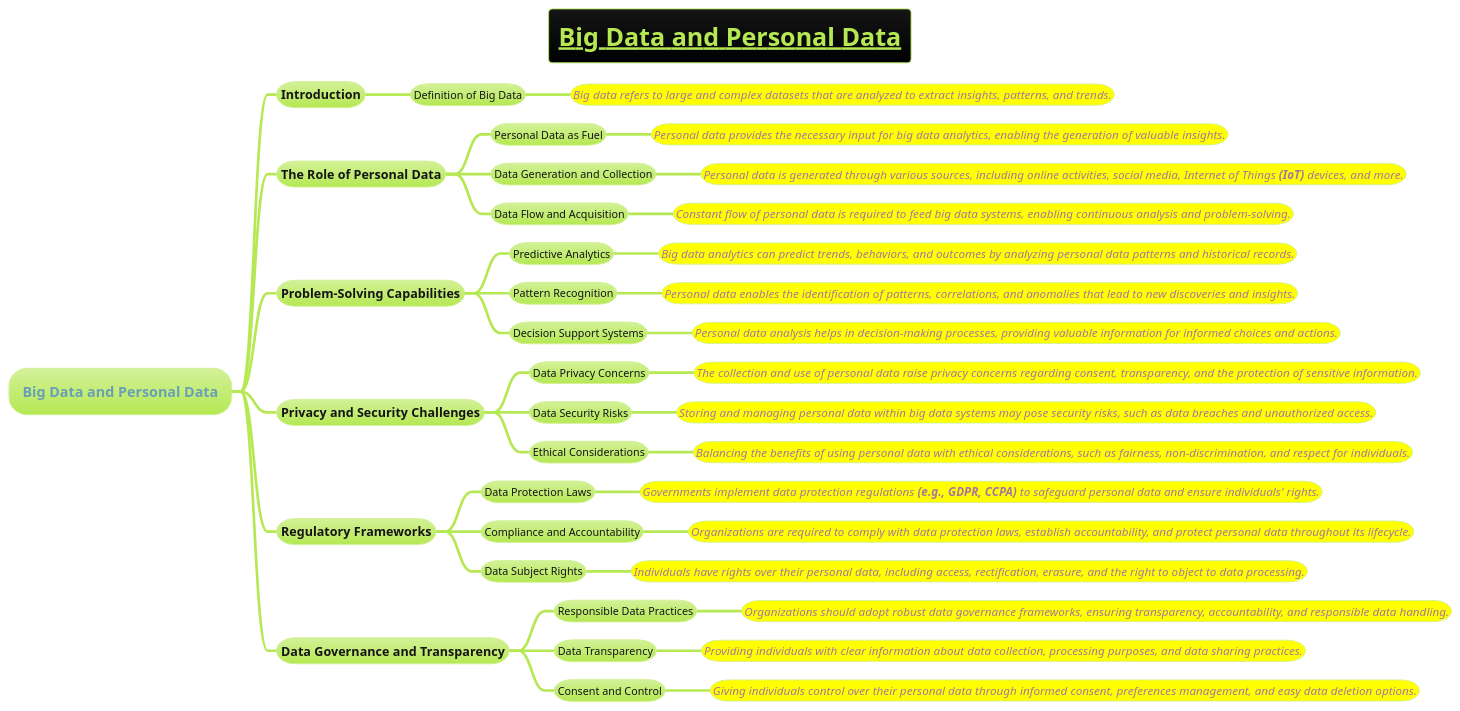
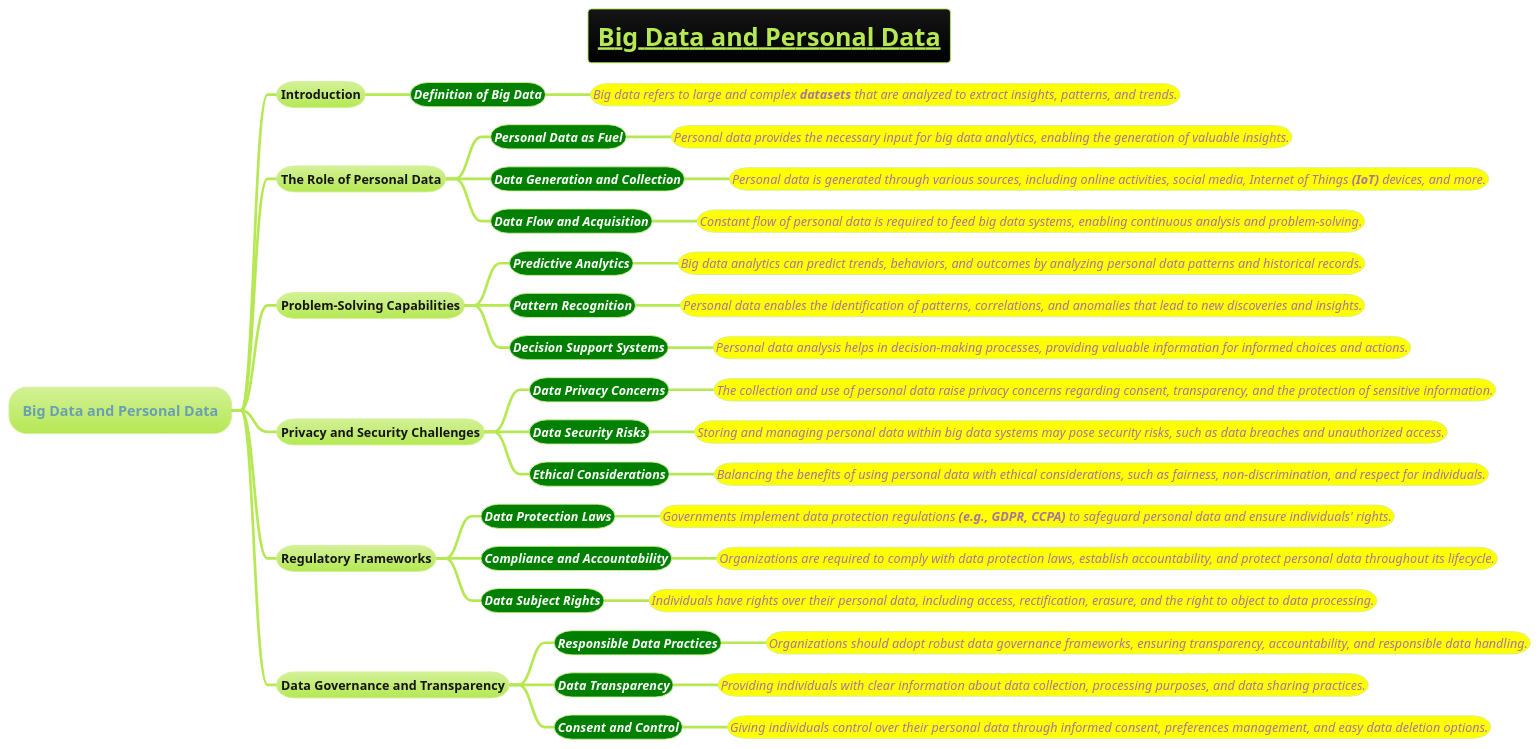
One commit to MehmoodHashmi/Documentation-as-Code-DaC changed the diagram in docs/AI-ML-DL-Data-Science-and-BigData/big-data/Big-Data-and-Personal-Data.puml. Above: the diagram before and after it, drawn with PlantUML.

```diff
--- a/docs/AI-ML-DL-Data-Science-and-BigData/big-data/Big-Data-and-Personal-Data.puml
+++ b/docs/AI-ML-DL-Data-Science-and-BigData/big-data/Big-Data-and-Personal-Data.puml
@@ -1,60 +1,60 @@
 @startmindmap
 title =__Big Data and Personal Data__
 !theme hacker
 
 * Big Data and Personal Data
 ** Introduction
-*** Definition of Big Data
-****[#yellow] ====<size:13>Big data refers to large and complex datasets that are analyzed to extract insights, patterns, and trends.
+***[#green] <b><i><color #white><size:14>Definition of Big Data
+****[#yellow] <i><size:14>Big data refers to large and complex **datasets** that are analyzed to extract insights, patterns, and trends.
 
 ** The Role of Personal Data
-*** Personal Data as Fuel
-****[#yellow] ====<size:13>Personal data provides the necessary input for big data analytics, enabling the generation of valuable insights.
+***[#green] <b><i><color #white><size:14>Personal Data as Fuel
+****[#yellow] <i><size:14>Personal data provides the necessary input for big data analytics, enabling the generation of valuable insights.
 
-*** Data Generation and Collection
-****[#yellow] ====<size:13>Personal data is generated through various sources, including online activities, social media, Internet of Things **(IoT)** devices, and more.
+***[#green] <b><i><color #white><size:14>Data Generation and Collection
+****[#yellow] <i><size:14>Personal data is generated through various sources, including online activities, social media, Internet of Things **(IoT)** devices, and more.
 
-*** Data Flow and Acquisition
-****[#yellow] ====<size:13>Constant flow of personal data is required to feed big data systems, enabling continuous analysis and problem-solving.
+***[#green] <b><i><color #white><size:14>Data Flow and Acquisition
+****[#yellow] <i><size:14>Constant flow of personal data is required to feed big data systems, enabling continuous analysis and problem-solving.
 
 ** Problem-Solving Capabilities
-*** Predictive Analytics
-****[#yellow] ====<size:13>Big data analytics can predict trends, behaviors, and outcomes by analyzing personal data patterns and historical records.
+***[#green] <b><i><color #white><size:14>Predictive Analytics
+****[#yellow] <i><size:14>Big data analytics can predict trends, behaviors, and outcomes by analyzing personal data patterns and historical records.
 
-*** Pattern Recognition
-****[#yellow] ====<size:13>Personal data enables the identification of patterns, correlations, and anomalies that lead to new discoveries and insights.
+***[#green] <b><i><color #white><size:14>Pattern Recognition
+****[#yellow] <i><size:14>Personal data enables the identification of patterns, correlations, and anomalies that lead to new discoveries and insights.
 
-*** Decision Support Systems
-****[#yellow] ====<size:13>Personal data analysis helps in decision-making processes, providing valuable information for informed choices and actions.
+***[#green] <b><i><color #white><size:14>Decision Support Systems
+****[#yellow] <i><size:14>Personal data analysis helps in decision-making processes, providing valuable information for informed choices and actions.
 
 ** Privacy and Security Challenges
-*** Data Privacy Concerns
-****[#yellow] ====<size:13>The collection and use of personal data raise privacy concerns regarding consent, transparency, and the protection of sensitive information.
+***[#green] <b><i><color #white><size:14>Data Privacy Concerns
+****[#yellow] <i><size:14>The collection and use of personal data raise privacy concerns regarding consent, transparency, and the protection of sensitive information.
 
-*** Data Security Risks
-****[#yellow] ====<size:13>Storing and managing personal data within big data systems may pose security risks, such as data breaches and unauthorized access.
+***[#green] <b><i><color #white><size:14>Data Security Risks
+****[#yellow] <i><size:14>Storing and managing personal data within big data systems may pose security risks, such as data breaches and unauthorized access.
 
-*** Ethical Considerations
-****[#yellow] ====<size:13>Balancing the benefits of using personal data with ethical considerations, such as fairness, non-discrimination, and respect for individuals.
+***[#green] <b><i><color #white><size:14>Ethical Considerations
+****[#yellow] <i><size:14>Balancing the benefits of using personal data with ethical considerations, such as fairness, non-discrimination, and respect for individuals.
 
 ** Regulatory Frameworks
-*** Data Protection Laws
-****[#yellow] ====<size:13>Governments implement data protection regulations **(e.g., GDPR, CCPA)** to safeguard personal data and ensure individuals' rights.
+***[#green] <b><i><color #white><size:14>Data Protection Laws
+****[#yellow] <i><size:14>Governments implement data protection regulations **(e.g., GDPR, CCPA)** to safeguard personal data and ensure individuals' rights.
 
-*** Compliance and Accountability
-****[#yellow] ====<size:13>Organizations are required to comply with data protection laws, establish accountability, and protect personal data throughout its lifecycle.
+***[#green] <b><i><color #white><size:14>Compliance and Accountability
+****[#yellow] <i><size:14>Organizations are required to comply with data protection laws, establish accountability, and protect personal data throughout its lifecycle.
 
-*** Data Subject Rights
-****[#yellow] ====<size:13>Individuals have rights over their personal data, including access, rectification, erasure, and the right to object to data processing.
+***[#green] <b><i><color #white><size:14>Data Subject Rights
+****[#yellow] <i><size:14>Individuals have rights over their personal data, including access, rectification, erasure, and the right to object to data processing.
 
 ** Data Governance and Transparency
-*** Responsible Data Practices
-****[#yellow] ====<size:13>Organizations should adopt robust data governance frameworks, ensuring transparency, accountability, and responsible data handling.
+***[#green] <b><i><color #white><size:14>Responsible Data Practices
+****[#yellow] <i><size:14>Organizations should adopt robust data governance frameworks, ensuring transparency, accountability, and responsible data handling.
 
-*** Data Transparency
-****[#yellow] ====<size:13>Providing individuals with clear information about data collection, processing purposes, and data sharing practices.
+***[#green] <b><i><color #white><size:14>Data Transparency
+****[#yellow] <i><size:14>Providing individuals with clear information about data collection, processing purposes, and data sharing practices.
 
-*** Consent and Control
-****[#yellow] ====<size:13>Giving individuals control over their personal data through informed consent, preferences management, and easy data deletion options.
+***[#green] <b><i><color #white><size:14>Consent and Control
+****[#yellow] <i><size:14>Giving individuals control over their personal data through informed consent, preferences management, and easy data deletion options.
 
 @endmindmap
```
